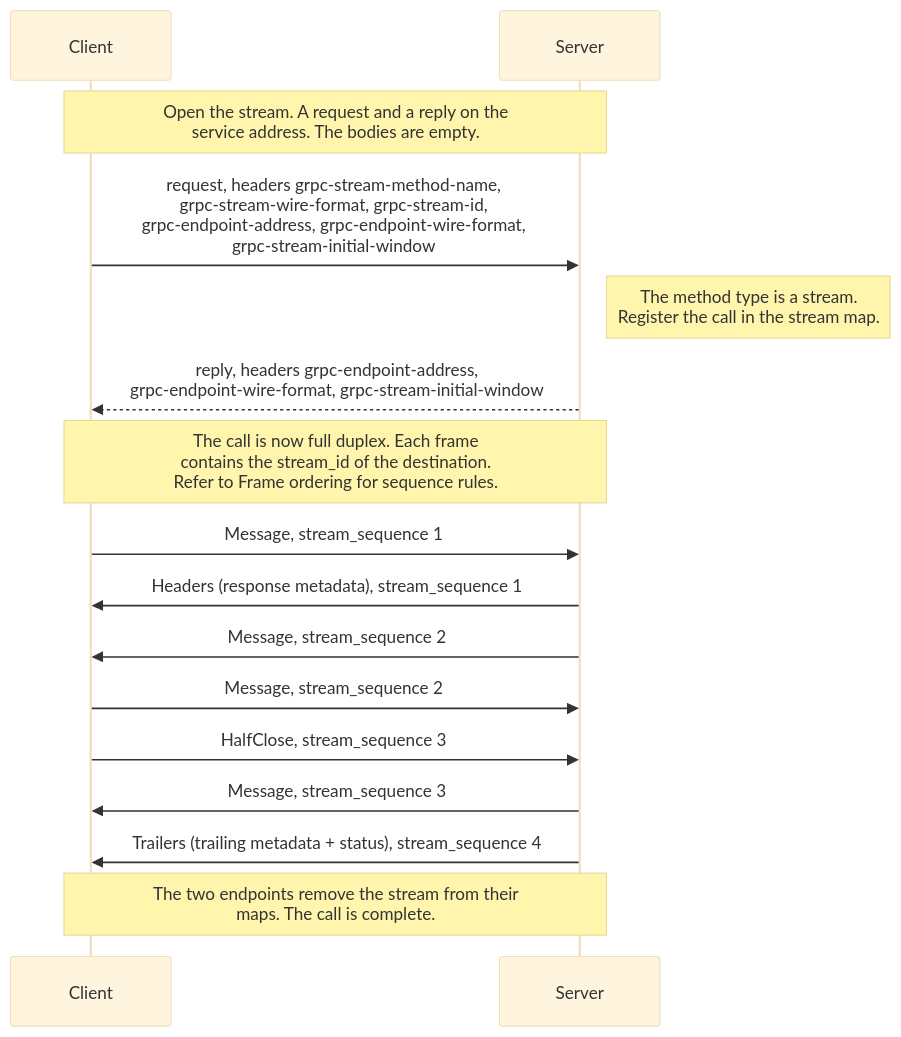
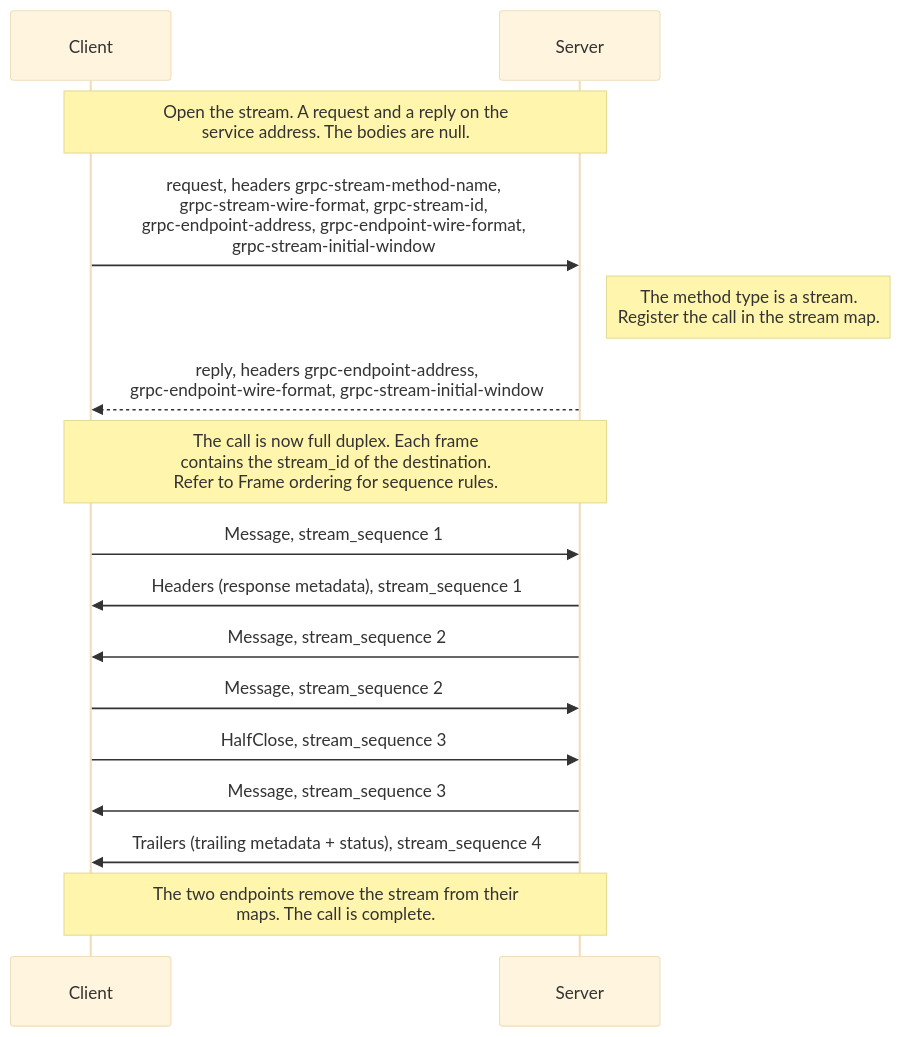
The diagram in vertx-grpc-eventbus/README.md (eclipse-vertx/vertx-grpc), drawn with Mermaid (base theme) before and after one commit. The commit also changed other lines of this file and 4 other files, not shown here.

````diff
--- a/vertx-grpc-eventbus/README.md
+++ b/vertx-grpc-eventbus/README.md
@@ -119,20 +159,20 @@
 ```mermaid
 sequenceDiagram
     participant C as Client
     participant S as Server
 
-    Note over C,S: Open the stream. A request and a reply on the<br/>service address. The bodies are empty.
+    Note over C,S: Open the stream. A request and a reply on the<br/>service address. The bodies are null.
     C->>S: request, headers grpc-stream-method-name,<br/>grpc-stream-wire-format, grpc-stream-id,<br/>grpc-endpoint-address, grpc-endpoint-wire-format,<br/>grpc-stream-initial-window
     Note right of S: The method type is a stream.<br/>Register the call in the stream map.
     S-->>C: reply, headers grpc-endpoint-address,<br/>grpc-endpoint-wire-format, grpc-stream-initial-window
 
     Note over C,S: The call is now full duplex. Each frame<br/>contains the stream_id of the destination.<br/>Refer to Frame ordering for sequence rules.
     C->>S: Message, stream_sequence 1
     S->>C: Headers (response metadata), stream_sequence 1
     S->>C: Message, stream_sequence 2
     C->>S: Message, stream_sequence 2
     C->>S: HalfClose, stream_sequence 3
     S->>C: Message, stream_sequence 3
     S->>C: Trailers (trailing metadata + status), stream_sequence 4
     Note over C,S: The two endpoints remove the stream from their<br/>maps. The call is complete.
 ```
````
